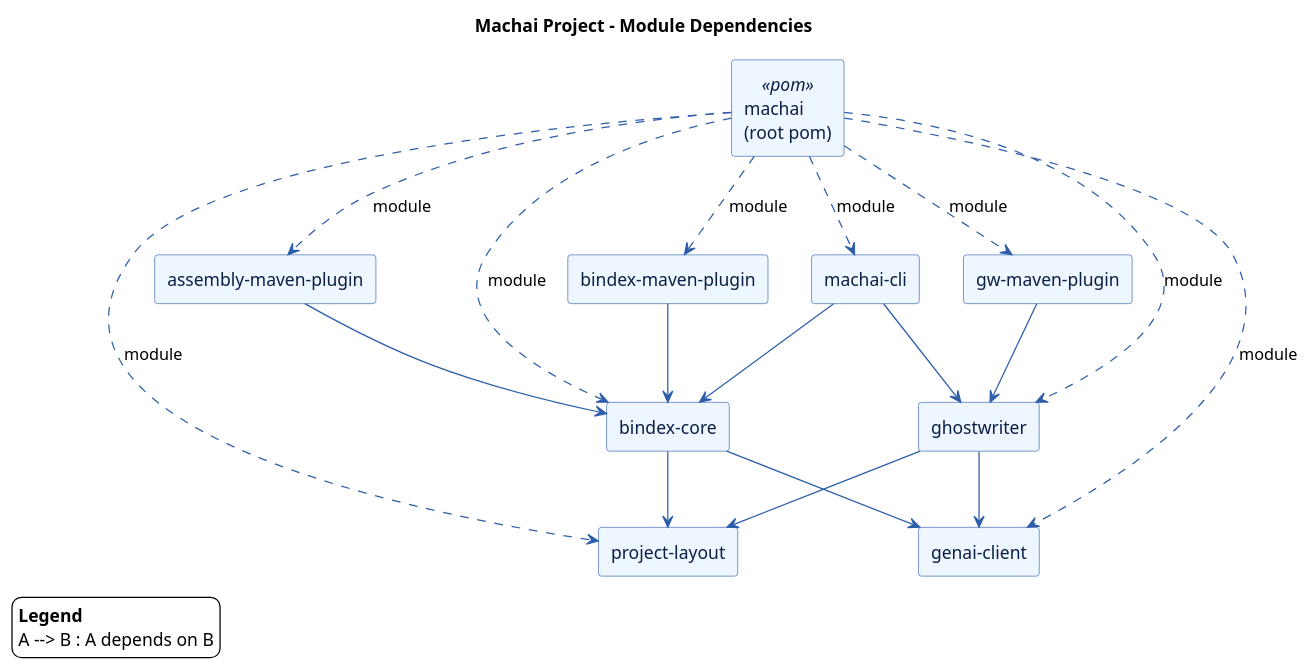
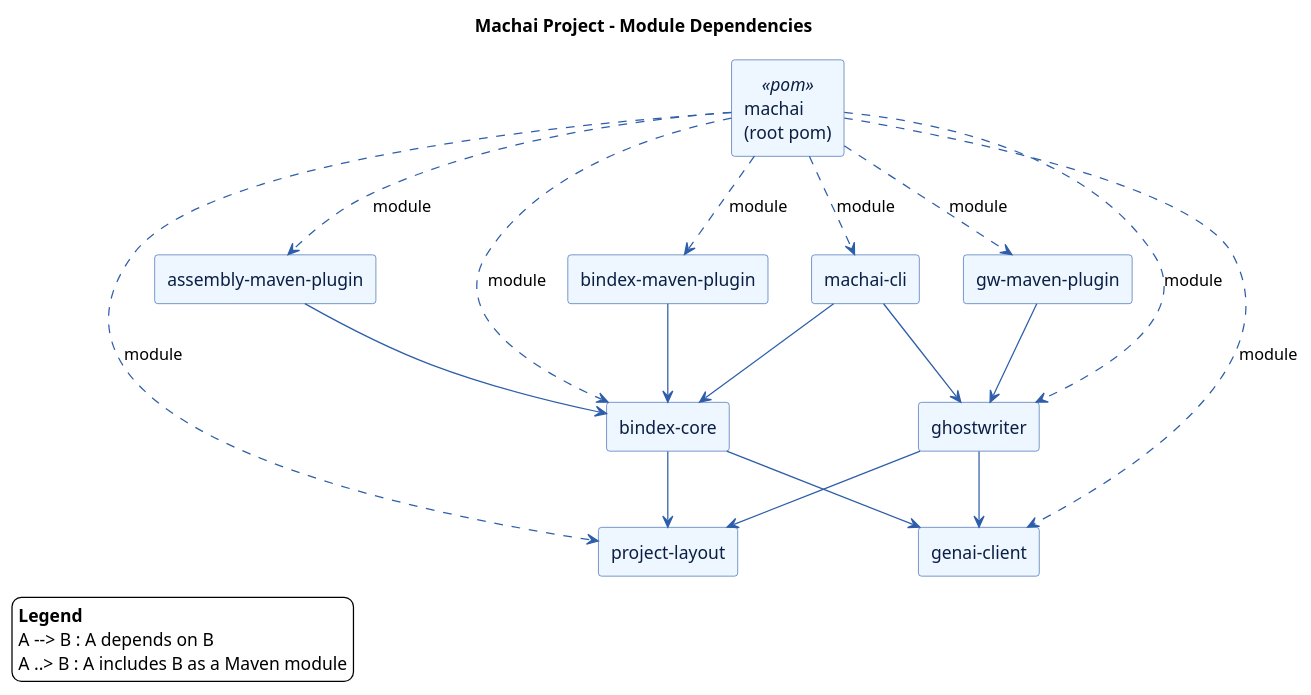
Before and after one commit to machanism-org/machai: the diagram in src/site/puml/project-structure.puml, drawn with PlantUML. The commit also changed other lines of this file and 3 other files, not shown here.

```diff
--- a/src/site/puml/project-structure.puml
+++ b/src/site/puml/project-structure.puml
@@ -2,62 +2,63 @@
 @startuml
 
 title Machai Project - Module Dependencies
 
 skinparam backgroundColor transparent
 skinparam shadowing false
 skinparam componentStyle rectangle
 skinparam packageStyle rectangle
 skinparam defaultTextAlignment left
 
 skinparam component {
   BackgroundColor #EEF6FF
   BorderColor #2E5EAA
   FontColor #0B1F44
 }
 
 skinparam arrow {
   Color #2E5EAA
   Thickness 1
 }
 
 legend left
   <b>Legend</b>
   A --> B : A depends on B
+  A ..> B : A includes B as a Maven module
 endlegend
 
 component "machai\n(root pom)" as machai_root <<pom>>
 component "project-layout" as project_layout
 component "genai-client" as genai_client
 component "bindex-core" as bindex_core
 component "machai-cli" as machai_cli
 component "bindex-maven-plugin" as bindex_maven_plugin
 component "assembly-maven-plugin" as assembly_maven_plugin
 component "ghostwriter" as ghostwriter
 component "gw-maven-plugin" as gw_maven_plugin
 
 machai_root ..> project_layout : module
 machai_root ..> genai_client : module
 machai_root ..> bindex_core : module
 machai_root ..> machai_cli : module
 machai_root ..> bindex_maven_plugin : module
 machai_root ..> assembly_maven_plugin : module
 machai_root ..> ghostwriter : module
 machai_root ..> gw_maven_plugin : module
 
 ' Dependencies between modules (from module pom.xml)
 
 bindex_core --> project_layout
 bindex_core --> genai_client
 
 machai_cli --> bindex_core
 machai_cli --> ghostwriter
 
 bindex_maven_plugin --> bindex_core
 assembly_maven_plugin --> bindex_core
 
 ghostwriter --> project_layout
 ghostwriter --> genai_client
 
 gw_maven_plugin --> ghostwriter
 
 @enduml
```
